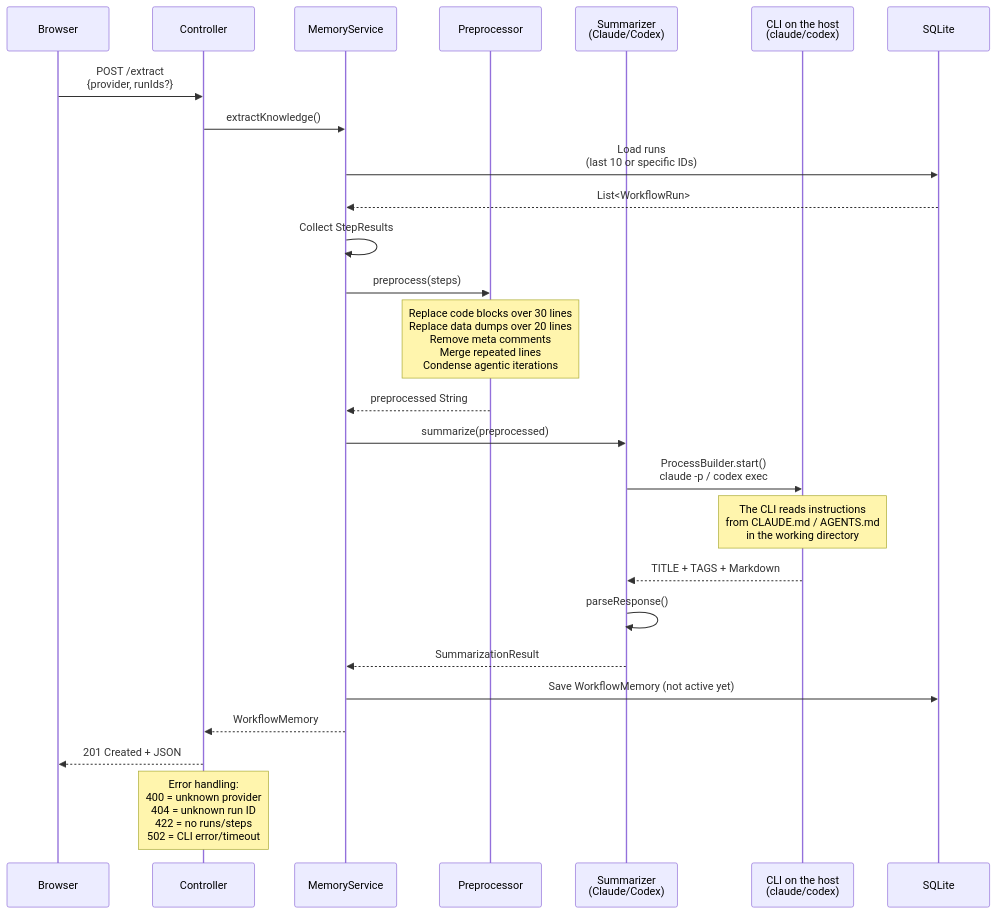
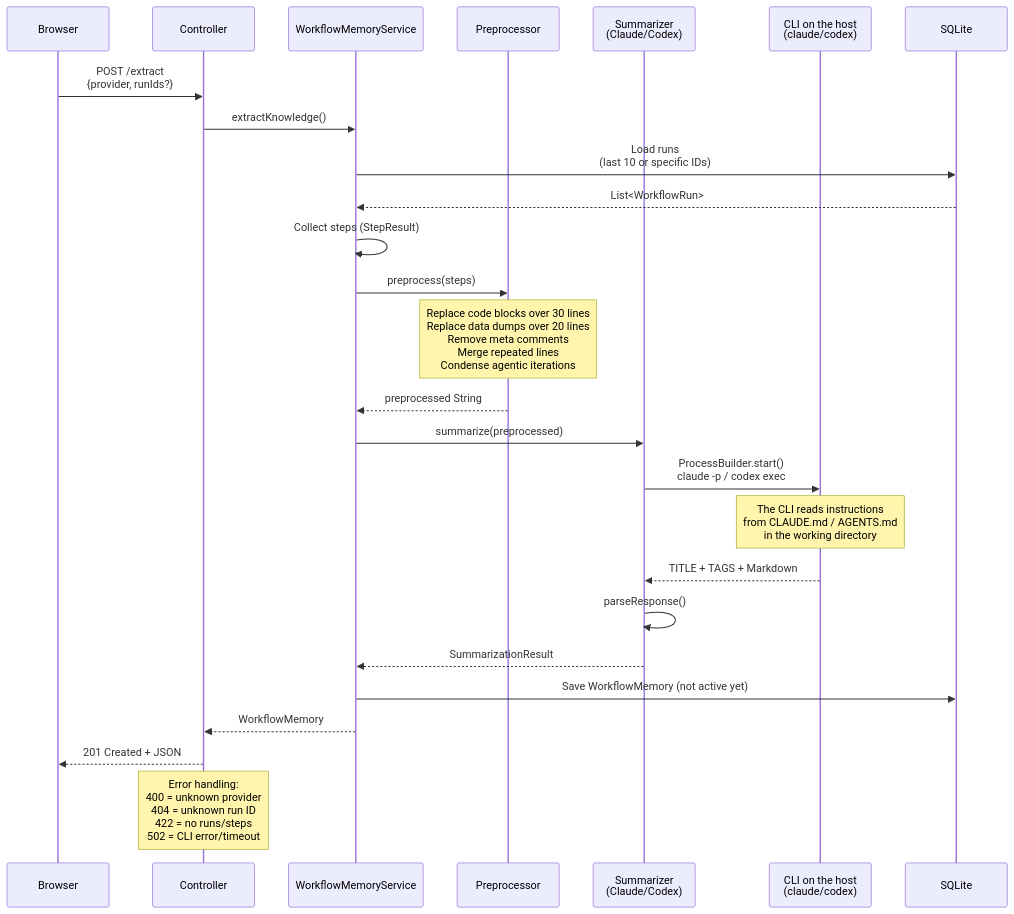
One commit to FLSEST/MySuricates changed the second of 7 diagrams in docs/en/workflow-memory-diagrams.md. Above: the diagram before and after it, drawn with Mermaid. The commit also changed other lines of this file and 9 other files, not shown here.

First line of the commit message:
docs(diagramme): Outdated names in Control and Memory corrected, test list of the Memory page dropped

````diff
--- a/docs/en/workflow-memory-diagrams.md
+++ b/docs/en/workflow-memory-diagrams.md
@@ -62,30 +62,30 @@
 ```mermaid
 sequenceDiagram
     participant B as Browser
     participant C as Controller
-    participant S as MemoryService
+    participant S as WorkflowMemoryService
     participant P as Preprocessor
     participant SM as Summarizer<br/>(Claude/Codex)
     participant CLI as CLI on the host<br/>(claude/codex)
     participant DB as SQLite
 
     B->>C: POST /extract<br/>{provider, runIds?}
     C->>S: extractKnowledge()
     S->>DB: Load runs<br/>(last 10 or specific IDs)
     DB-->>S: List<WorkflowRun>
-    S->>S: Collect StepResults
+    S->>S: Collect steps (StepResult)
     S->>P: preprocess(steps)
     Note over P: Replace code blocks over 30 lines<br/>Replace data dumps over 20 lines<br/>Remove meta comments<br/>Merge repeated lines<br/>Condense agentic iterations
     P-->>S: preprocessed String
     S->>SM: summarize(preprocessed)
     SM->>CLI: ProcessBuilder.start()<br/>claude -p / codex exec
     Note over CLI: The CLI reads instructions<br/>from CLAUDE.md / AGENTS.md<br/>in the working directory
     CLI-->>SM: TITLE + TAGS + Markdown
     SM->>SM: parseResponse()
     SM-->>S: SummarizationResult
     S->>DB: Save WorkflowMemory (not active yet)
     S-->>C: WorkflowMemory
     C-->>B: 201 Created + JSON
 
     Note over C: Error handling:<br/>400 = unknown provider<br/>404 = unknown run ID<br/>422 = no runs/steps<br/>502 = CLI error/timeout
 ```
````
